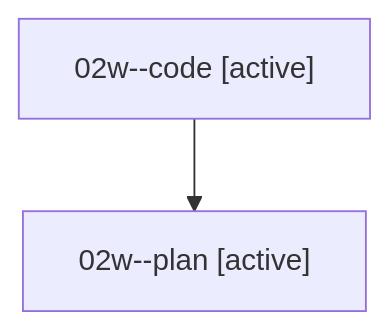
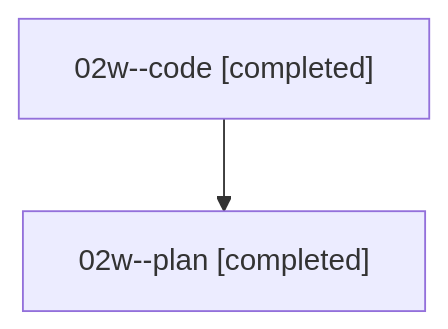
The diagram in families/bbugyi200.athena.02w.md (sase-org/sase--agents), drawn with Mermaid before and after one commit. The commit also changed other lines of this file and 204 other files, not shown here.

````diff
--- a/families/bbugyi200.athena.02w.md
+++ b/families/bbugyi200.athena.02w.md
@@ -9,6 +9,6 @@
 ```mermaid
 flowchart TD
-  n0["02w--code [active]"]
-  n1["02w--plan [active]"]
+  n0["02w--code [completed]"]
+  n1["02w--plan [completed]"]
   n0 --> n1
 ```
````
